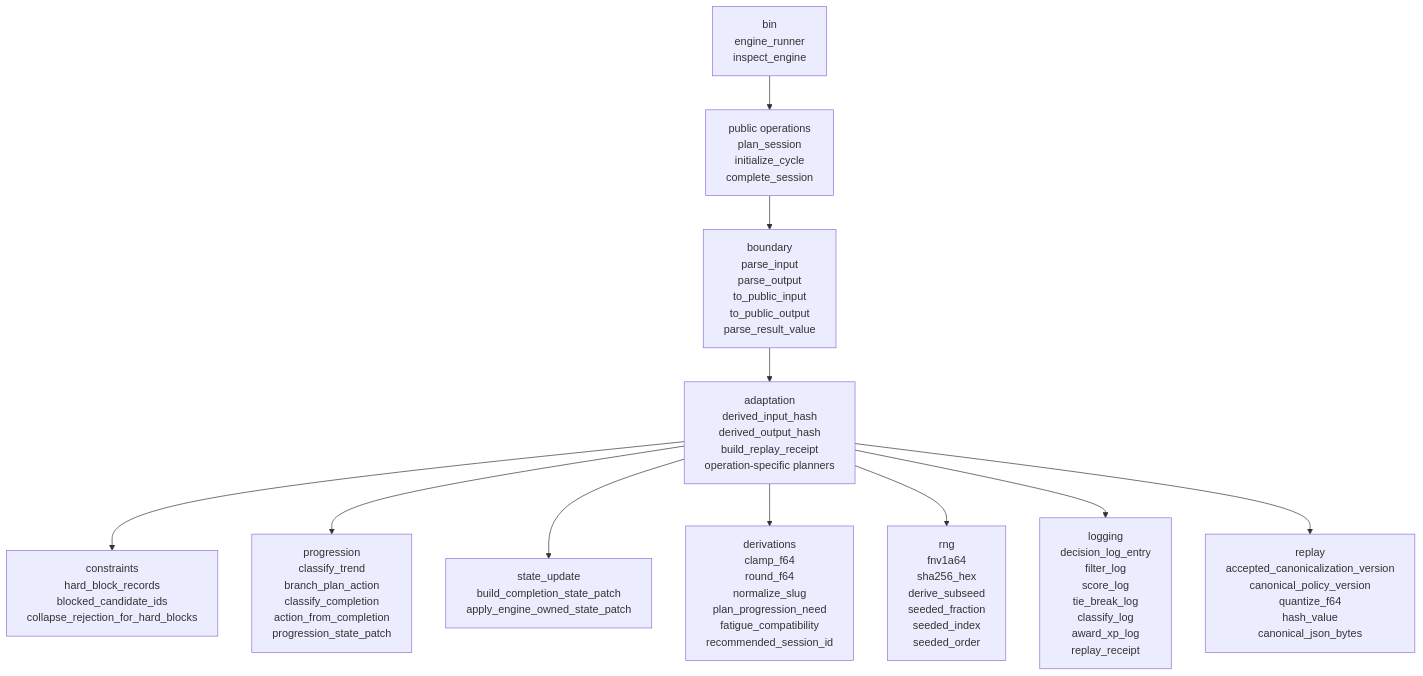
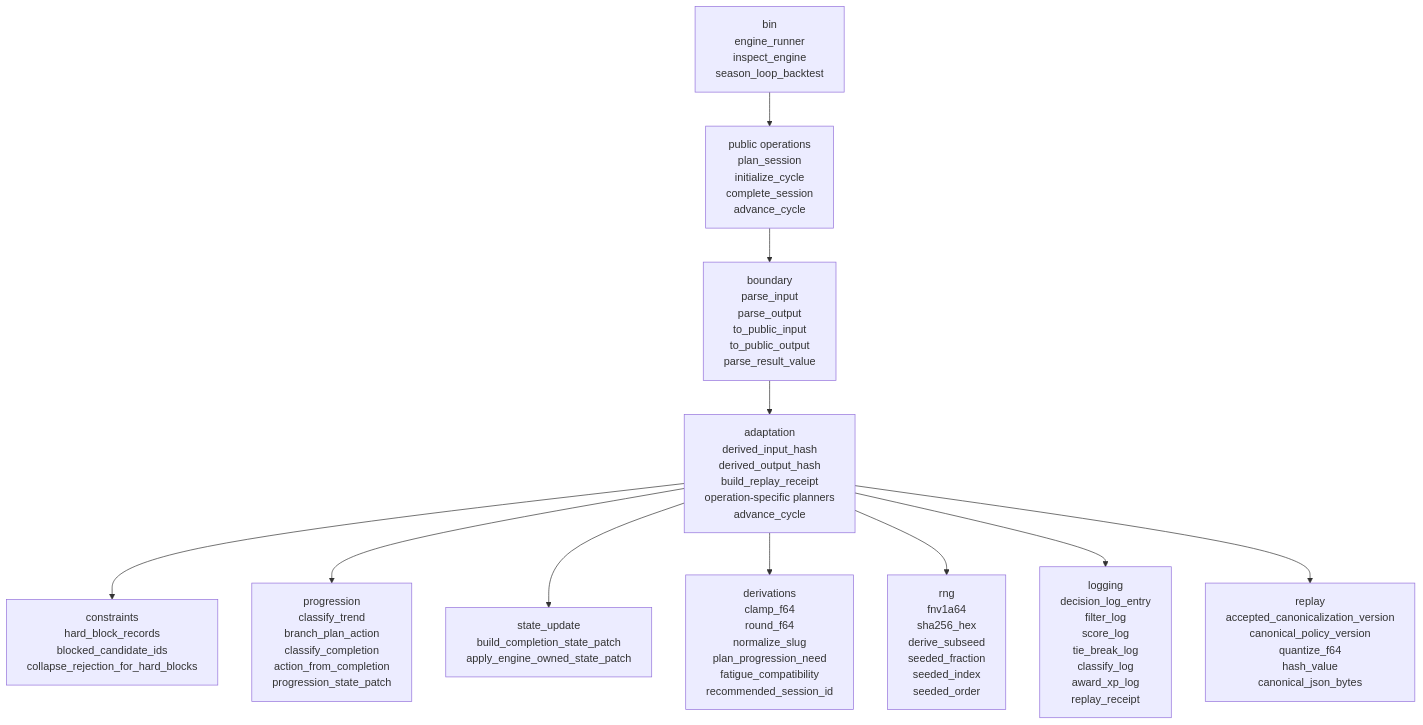
One commit to manjuyod/adaptabuddy_v2 changed the sixth of 7 diagrams in docs/mermaid/function-inventory.md. Above: the diagram before and after it, drawn with Mermaid. The commit also changed other lines of this file and 6 other files, not shown here.

Commit message:
mermaid update

````diff
--- a/docs/mermaid/function-inventory.md
+++ b/docs/mermaid/function-inventory.md
@@ -251,25 +258,25 @@
 ```mermaid
 flowchart TB
-  PublicOps["public operations<br/>plan_session<br/>initialize_cycle<br/>complete_session"]
+  PublicOps["public operations<br/>plan_session<br/>initialize_cycle<br/>complete_session<br/>advance_cycle"]
   Boundary["boundary<br/>parse_input<br/>parse_output<br/>to_public_input<br/>to_public_output<br/>parse_result_value"]
-  Adaptation["adaptation<br/>derived_input_hash<br/>derived_output_hash<br/>build_replay_receipt<br/>operation-specific planners"]
+  Adaptation["adaptation<br/>derived_input_hash<br/>derived_output_hash<br/>build_replay_receipt<br/>operation-specific planners<br/>advance_cycle"]
   Constraints["constraints<br/>hard_block_records<br/>blocked_candidate_ids<br/>collapse_rejection_for_hard_blocks"]
   Progression["progression<br/>classify_trend<br/>branch_plan_action<br/>classify_completion<br/>action_from_completion<br/>progression_state_patch"]
   StateUpdate["state_update<br/>build_completion_state_patch<br/>apply_engine_owned_state_patch"]
   Derivations["derivations<br/>clamp_f64<br/>round_f64<br/>normalize_slug<br/>plan_progression_need<br/>fatigue_compatibility<br/>recommended_session_id"]
   Rng["rng<br/>fnv1a64<br/>sha256_hex<br/>derive_subseed<br/>seeded_fraction<br/>seeded_index<br/>seeded_order"]
   Replay["replay<br/>accepted_canonicalization_version<br/>canonical_policy_version<br/>quantize_f64<br/>hash_value<br/>canonical_json_bytes"]
   Logging["logging<br/>decision_log_entry<br/>filter_log<br/>score_log<br/>tie_break_log<br/>classify_log<br/>award_xp_log<br/>replay_receipt"]
-  Binaries["bin<br/>engine_runner<br/>inspect_engine"]
+  Binaries["bin<br/>engine_runner<br/>inspect_engine<br/>season_loop_backtest"]
 
   Binaries --> PublicOps
   PublicOps --> Boundary
   Boundary --> Adaptation
   Adaptation --> Constraints
   Adaptation --> Progression
   Adaptation --> StateUpdate
   Adaptation --> Derivations
   Adaptation --> Rng
   Adaptation --> Logging
   Adaptation --> Replay
 ```
````
